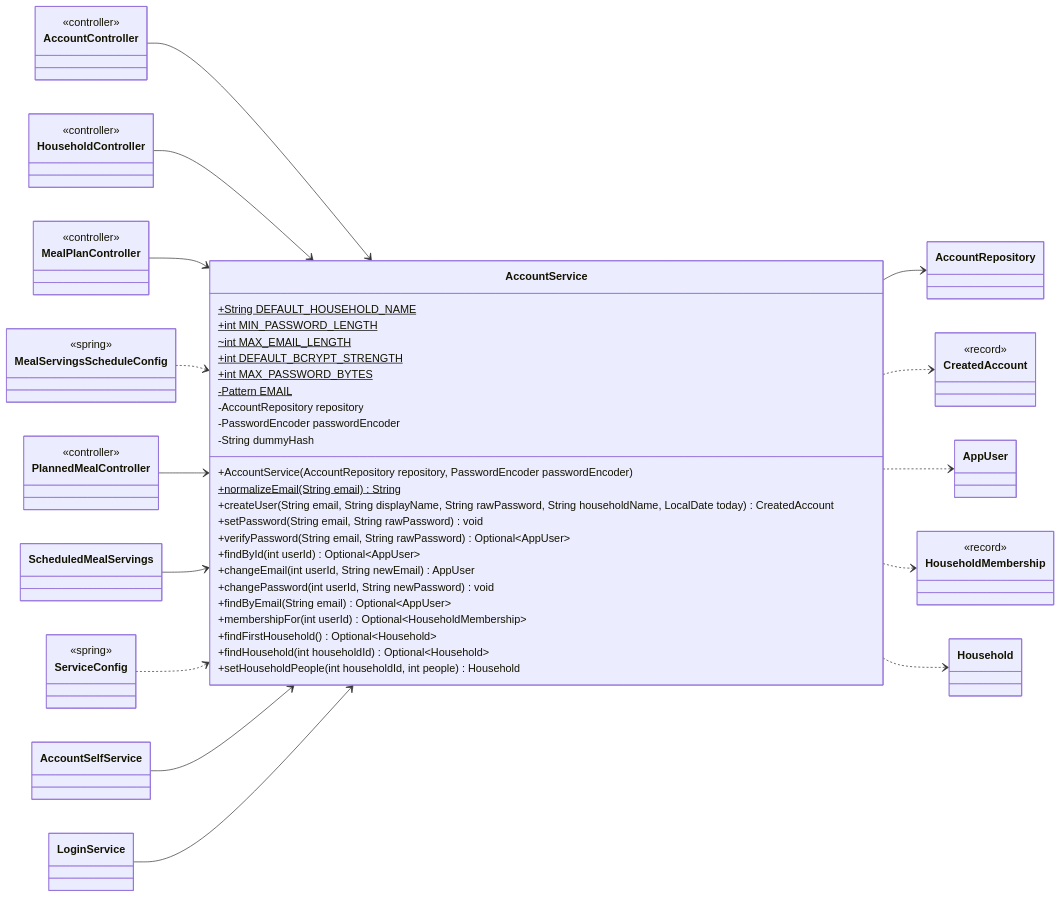
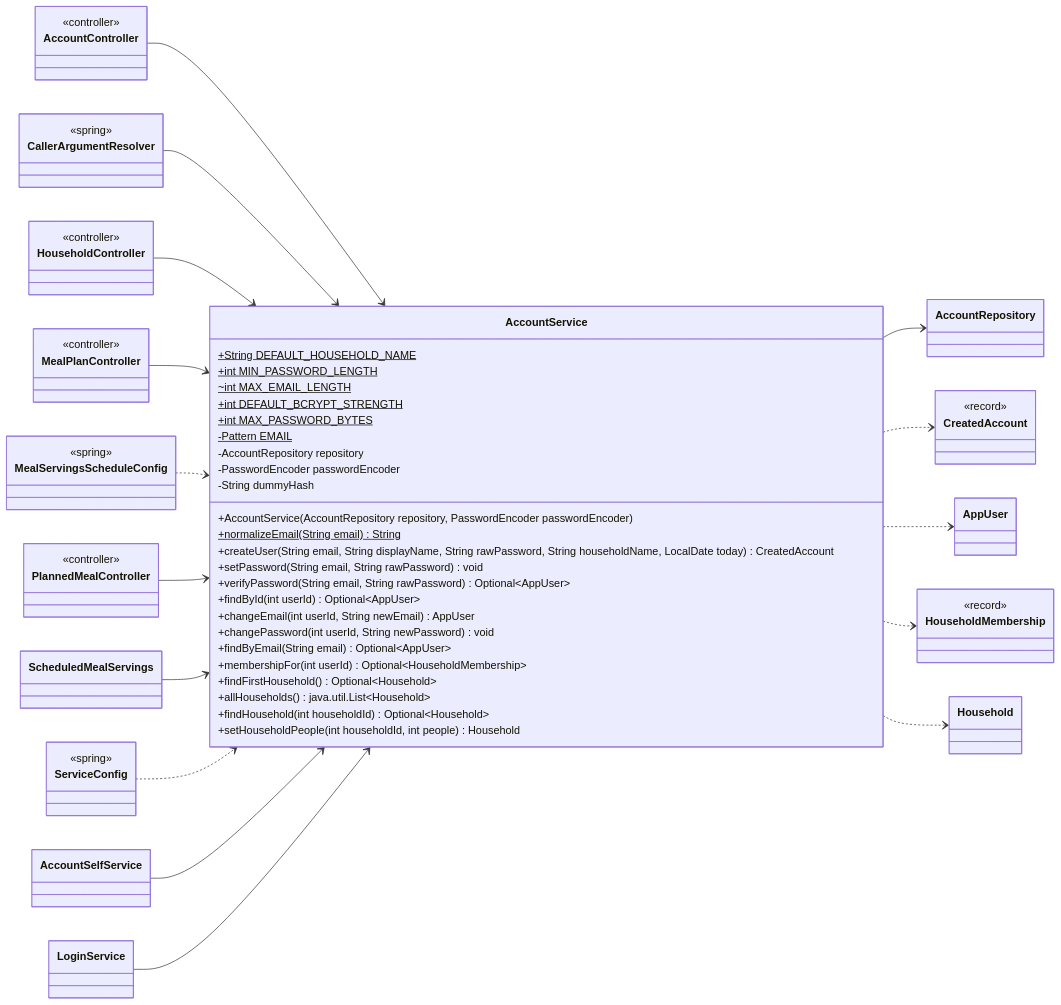
One commit to Nate-ryan-7690/dahaem changed the fourth of 17 diagrams in docs/classes/auth.md. Above: the diagram before and after it, drawn with Mermaid. The commit also changed other lines of this file and 4 other files, not shown here.

````diff
--- a/docs/classes/auth.md
+++ b/docs/classes/auth.md
@@ -208,72 +210,77 @@
 ```mermaid
 classDiagram
     direction LR
     class auth_AccountService["AccountService"] {
         +String DEFAULT_HOUSEHOLD_NAME$
         +int MIN_PASSWORD_LENGTH$
         ~int MAX_EMAIL_LENGTH$
         +int DEFAULT_BCRYPT_STRENGTH$
         +int MAX_PASSWORD_BYTES$
         -Pattern EMAIL$
         -AccountRepository repository
         -PasswordEncoder passwordEncoder
         +AccountService(AccountRepository repository, PasswordEncoder passwordEncoder)
         +normalizeEmail(String email) String$
         +createUser(String email, String displayName, String rawPassword, String householdName, LocalDate today) CreatedAccount
         +setPassword(String email, String rawPassword) void
         -String dummyHash
         +verifyPassword(String email, String rawPassword) Optional~AppUser~
         +findById(int userId) Optional~AppUser~
         +changeEmail(int userId, String newEmail) AppUser
         +changePassword(int userId, String newPassword) void
         +findByEmail(String email) Optional~AppUser~
         +membershipFor(int userId) Optional~HouseholdMembership~
         +findFirstHousehold() Optional~Household~
+        +allHouseholds() java.util.List~Household~
         +findHousehold(int householdId) Optional~Household~
         +setHouseholdPeople(int householdId, int people) Household
     }
     class auth_AccountRepository["AccountRepository"]
     class api_AccountController["AccountController"] {
         <<controller>>
+    }
+    class api_CallerArgumentResolver["CallerArgumentResolver"] {
+        <<spring>>
     }
     class api_HouseholdController["HouseholdController"] {
         <<controller>>
     }
     class api_MealPlanController["MealPlanController"] {
         <<controller>>
     }
     class api_PlannedMealController["PlannedMealController"] {
         <<controller>>
     }
     class api_ScheduledMealServings["ScheduledMealServings"]
     class auth_AccountSelfService["AccountSelfService"]
     class auth_LoginService["LoginService"]
     class auth_CreatedAccount["CreatedAccount"] {
         <<record>>
     }
     class auth_AppUser["AppUser"]
     class auth_HouseholdMembership["HouseholdMembership"] {
         <<record>>
     }
     class auth_Household["Household"]
     class api_MealServingsScheduleConfig["MealServingsScheduleConfig"] {
         <<spring>>
     }
     class api_ServiceConfig["ServiceConfig"] {
         <<spring>>
     }
     auth_AccountService --> auth_AccountRepository
     auth_AccountService ..> auth_CreatedAccount
     auth_AccountService ..> auth_AppUser
     auth_AccountService ..> auth_HouseholdMembership
     auth_AccountService ..> auth_Household
     api_AccountController --> auth_AccountService
+    api_CallerArgumentResolver --> auth_AccountService
     api_HouseholdController --> auth_AccountService
     api_MealPlanController --> auth_AccountService
     api_MealServingsScheduleConfig ..> auth_AccountService
     api_PlannedMealController --> auth_AccountService
     api_ScheduledMealServings --> auth_AccountService
     api_ServiceConfig ..> auth_AccountService
     auth_AccountSelfService --> auth_AccountService
     auth_LoginService --> auth_AccountService
 ```
````
